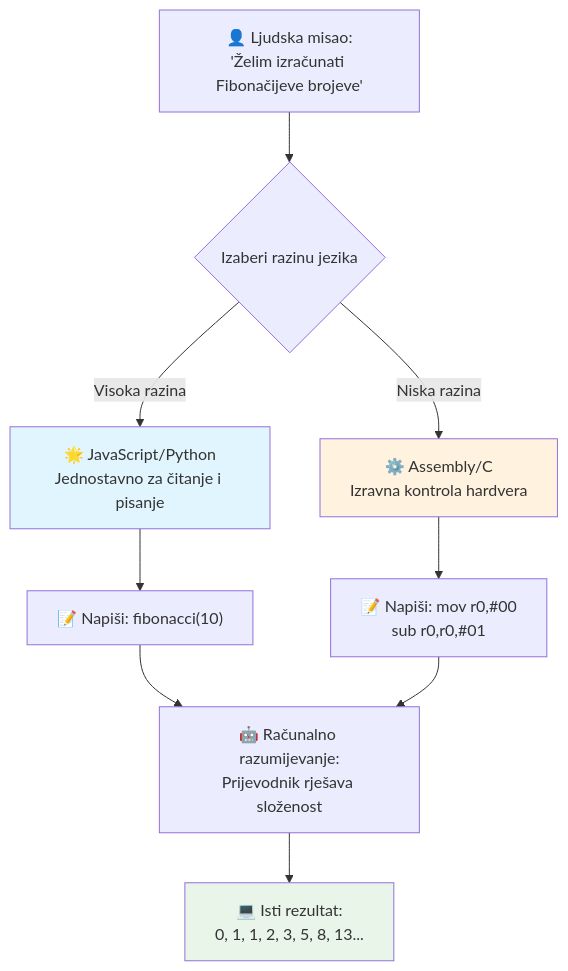
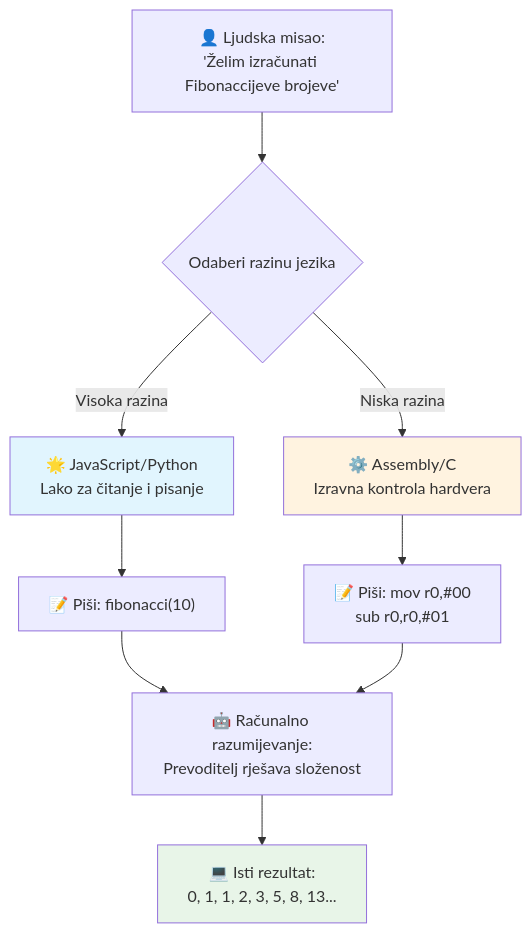
One commit to microsoft/Web-Dev-For-Beginners changed the third of 7 diagrams in translations/hr/1-getting-started-lessons/1-intro-to-programming-languages/README.md. Above: the diagram before and after it, drawn with Mermaid. The commit also changed other lines of this file and 11 other files, not shown here.

````diff
--- a/translations/hr/1-getting-started-lessons/1-intro-to-programming-languages/README.md
+++ b/translations/hr/1-getting-started-lessons/1-intro-to-programming-languages/README.md
@@ -148,19 +148,19 @@
 ```mermaid
 flowchart TB
-    A["👤 Ljudska misao:<br/>'Želim izračunati Fibonačijeve brojeve'"] --> B{Izaberi razinu jezika}
+    A["👤 Ljudska misao:<br/>'Želim izračunati Fibonaccijeve brojeve'"] --> B{Odaberi razinu jezika}
     
-    B -->|Visoka razina| C["🌟 JavaScript/Python<br/>Jednostavno za čitanje i pisanje"]
+    B -->|Visoka razina| C["🌟 JavaScript/Python<br/>Lako za čitanje i pisanje"]
     B -->|Niska razina| D["⚙️ Assembly/C<br/>Izravna kontrola hardvera"]
     
-    C --> E["📝 Napiši: fibonacci(10)"]
-    D --> F["📝 Napiši: mov r0,#00<br/>sub r0,r0,#01"]
+    C --> E["📝 Piši: fibonacci(10)"]
+    D --> F["📝 Piši: mov r0,#00<br/>sub r0,r0,#01"]
     
-    E --> G["🤖 Računalno razumijevanje:<br/>Prijevodnik rješava složenost"]
+    E --> G["🤖 Računalno razumijevanje:<br/>Prevoditelj rješava složenost"]
     F --> G
     
     G --> H["💻 Isti rezultat:<br/>0, 1, 1, 2, 3, 5, 8, 13..."]
     
     style C fill:#e1f5fe
     style D fill:#fff3e0
     style H fill:#e8f5e8
 ```
````
